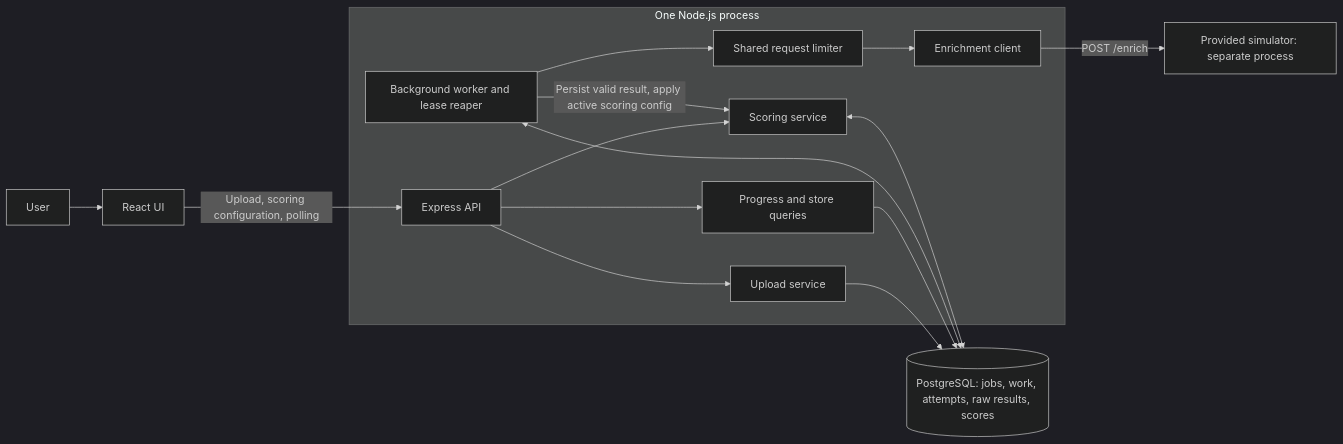
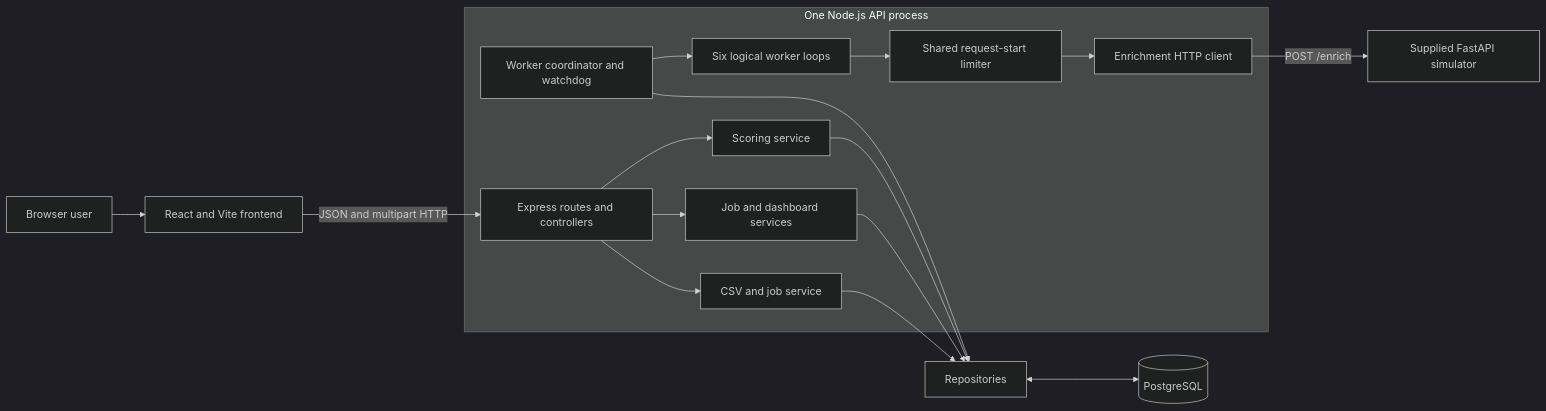
The first of 5 diagrams in docs/architecture.md (Sam-git123/sigmoid-tierforge), drawn with Mermaid (dark theme) before and after one commit. The commit also changed other lines of this file and 10 other files, not shown here.

````diff
--- a/docs/architecture.md
+++ b/docs/architecture.md
@@ -22,18 +11,21 @@
 ```mermaid
 flowchart LR
-    User[User] --> Web[React UI]
-    Web -->|Upload, scoring configuration, polling| API[Express API]
-    subgraph Node[One Node.js process]
-        API --> Upload[Upload service]
-        API --> Query[Progress and store queries]
-        API --> Score[Scoring service]
-        Worker[Background worker and lease reaper] --> Limiter[Shared request limiter]
-        Limiter --> Client[Enrichment client]
-        Worker -->|Persist valid result, apply active scoring config| Score
+    User[Browser user] --> Web[React and Vite frontend]
+    Web -->|JSON and multipart HTTP| API[Express routes and controllers]
+
+    subgraph Process[One Node.js API process]
+        API --> JobService[CSV and job service]
+        API --> ReadService[Job and dashboard services]
+        API --> ScoreService[Scoring service]
+        Coordinator[Worker coordinator and watchdog] --> Workers[Six logical worker loops]
+        Workers --> Limiter[Shared request-start limiter]
+        Limiter --> Client[Enrichment HTTP client]
     end
-    Upload --> DB[(PostgreSQL: jobs, work, attempts, raw results, scores)]
-    Query --> DB
-    Worker <--> DB
-    Score <--> DB
-    Client -->|POST /enrich| Simulator[Provided simulator: separate process]
+
+    JobService --> Repositories[Repositories]
+    ReadService --> Repositories
+    ScoreService --> Repositories
+    Coordinator --> Repositories
+    Repositories <--> DB[(PostgreSQL)]
+    Client -->|POST /enrich| Simulator[Supplied FastAPI simulator]
 ```
````
